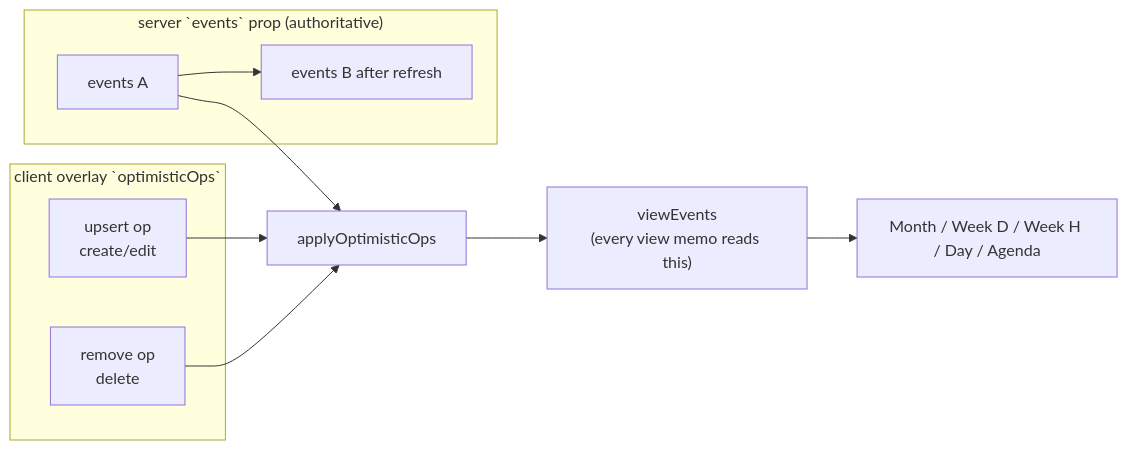
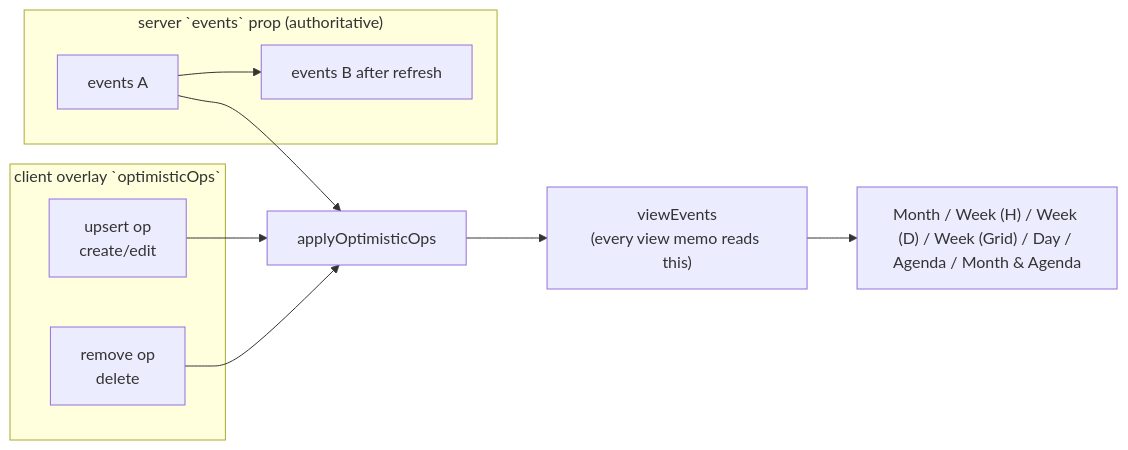
One commit to oncloudnintynineone-source/cloudy2 changed the first of 2 diagrams in docs/optimistic-mutations.md. Above: the diagram before and after it, drawn with Mermaid. The commit also changed other lines of this file and 22 other files, not shown here.

Commit message:
docs: sync mermaid diagrams with current code, fix diagram syntax errors

````diff
--- a/docs/optimistic-mutations.md
+++ b/docs/optimistic-mutations.md
@@ -63,15 +63,15 @@
 ```mermaid
 flowchart LR
  subgraph Props["server `events` prop (authoritative)"]
  E1[events A] --> E2[events B after refresh]
  end
  subgraph Ops["client overlay `optimisticOps`"]
  U[upsert op<br/>create/edit]
  R[remove op<br/>delete]
  end
  E1 --> Merge["applyOptimisticOps"]
  U --> Merge
  R --> Merge
  Merge --> Views["viewEvents<br/>(every view memo reads this)"]
- Views --> Grids[Month / Week D / Week H / Day / Agenda]
+ Views --> Grids["Month / Week (H) / Week (D) / Week (Grid) / Day / Agenda / Month &amp; Agenda"]
 ```
````
